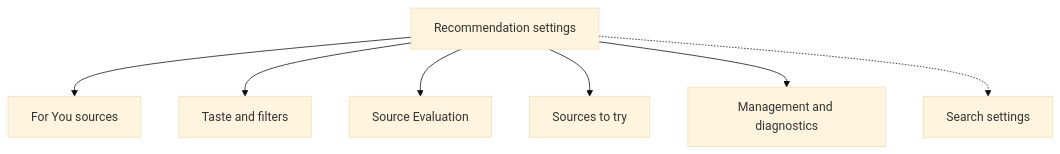
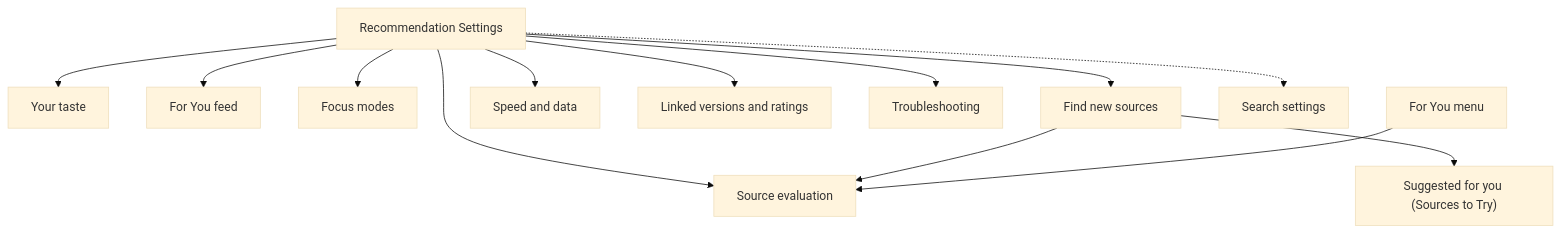
One commit to FancyCorey/komikku-fc changed the first of 4 diagrams in docs/kmk/feature-guides/recommendation-settings.md. Above: the diagram before and after it, drawn with Mermaid (base theme). The commit also changed other lines of this file and 22 other files, not shown here.

````diff
--- a/docs/kmk/feature-guides/recommendation-settings.md
+++ b/docs/kmk/feature-guides/recommendation-settings.md
@@ -88,9 +169,15 @@
 ```mermaid
 flowchart TD
-    Entry["Recommendation settings"] --> ForYou["For You sources"]
-    Entry --> Taste["Taste and filters"]
-    Entry --> Evaluation["Source Evaluation"]
-    Entry --> Try["Sources to try"]
-    Entry --> Management["Management and diagnostics"]
+    Entry["Recommendation Settings"] --> Taste["Your taste"]
+    Entry --> Feed["For You feed"]
+    Entry --> Focus["Focus modes"]
+    Entry --> Find["Find new sources"]
+    Entry --> Evaluation["Source evaluation"]
+    Entry --> Speed["Speed and data"]
+    Entry --> Linked["Linked versions and ratings"]
+    Entry --> Trouble["Troubleshooting"]
+    Find --> Evaluation
+    Find --> Try["Suggested for you (Sources to Try)"]
+    ForYou["For You menu"] --> Evaluation
     Entry -.-> Search["Search settings"]
 ```
````
